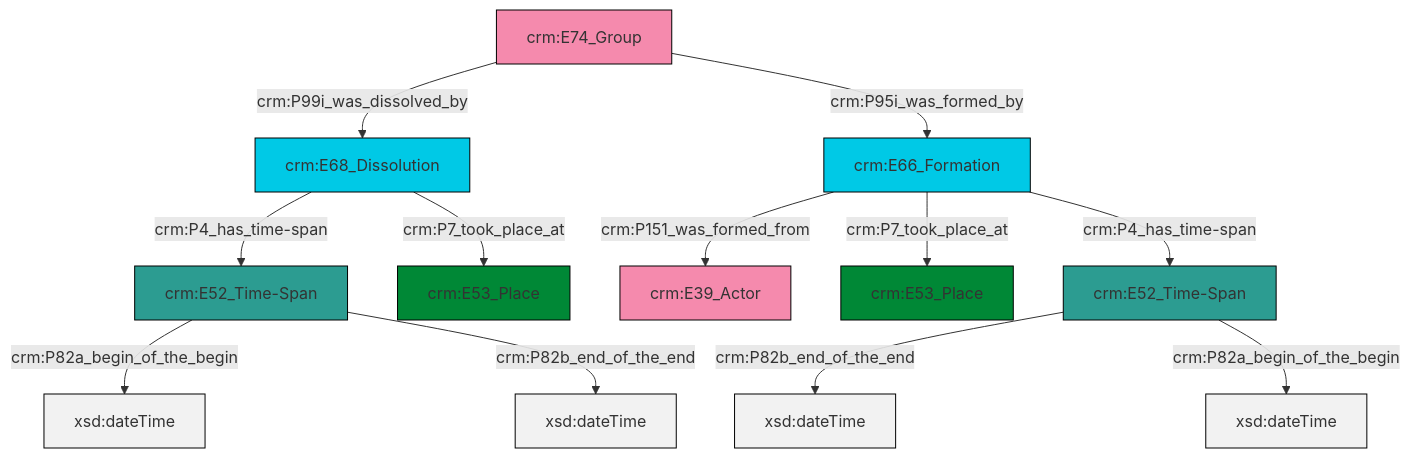
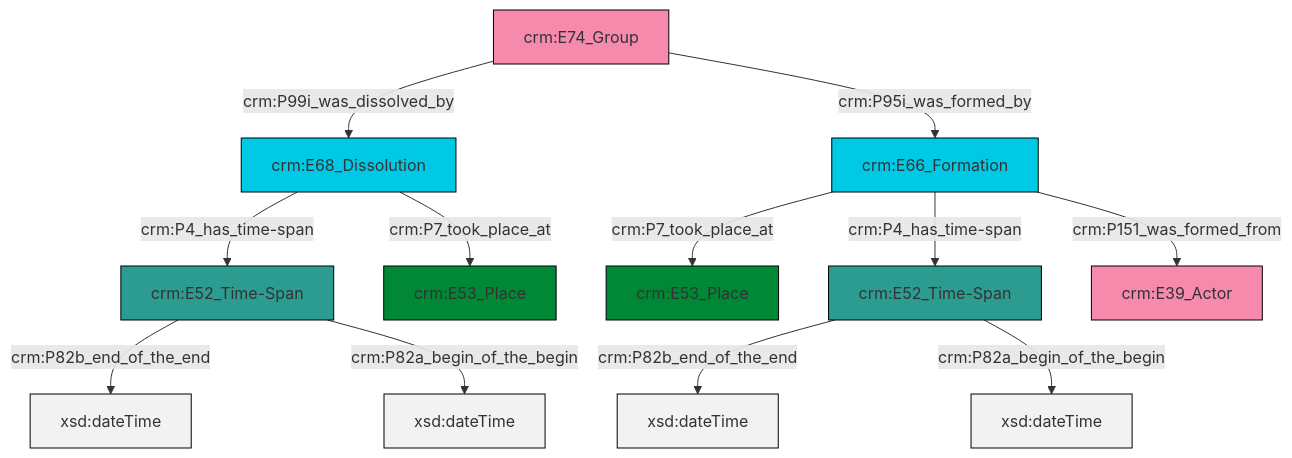
Before and after one commit to swiss-art-research-net/reference-data-models: the diagram in et/groupCSV/ttl/mmd/group_existence.ttl.mmd, drawn with Mermaid. The commit also changed 126 other files, not shown here.

```diff
--- a/et/groupCSV/ttl/mmd/group_existence.ttl.mmd
+++ b/et/groupCSV/ttl/mmd/group_existence.ttl.mmd
@@ -1,26 +1,26 @@
 graph TD
 classDef Literal fill:#f2f2f2,stroke:#000000;
 classDef CRM_Entity fill:#FFFFFF,stroke:#000000;
 classDef Temporal_Entity fill:#00C9E6, stroke:#000000;
 classDef Type fill:#E18312, stroke:#000000;
 classDef Time-Span fill:#2C9C91, stroke:#000000;
 classDef Appellation fill:#FFEB7F, stroke:#000000;
 classDef Place fill:#008836, stroke:#000000;
 classDef Persistent_Item fill:#B266B2, stroke:#000000;
 classDef Conceptual_Object fill:#FFD700, stroke:#000000;
 classDef Physical_Thing fill:#D2B48C, stroke:#000000;
 classDef Actor fill:#f58aad, stroke:#000000;
 classDef PC_Classes fill:#4ce600, stroke:#000000;
 classDef Multi fill:#cccccc,stroke:#000000;
 
-2["crm:E66_Formation"]:::Temporal_Entity -->|crm:P151_was_formed_from| 3["crm:E39_Actor"]:::Actor
-6["crm:E68_Dissolution"]:::Temporal_Entity -->|crm:P4_has_time-span| 7["crm:E52_Time-Span"]:::Time-Span
-0["crm:E74_Group"]:::Actor -->|crm:P99i_was_dissolved_by| 6["crm:E68_Dissolution"]:::Temporal_Entity
-7["crm:E52_Time-Span"]:::Time-Span -->|crm:P82a_begin_of_the_begin| 8[xsd:dateTime]:::Literal
-6["crm:E68_Dissolution"]:::Temporal_Entity -->|crm:P7_took_place_at| 9["crm:E53_Place"]:::Place
-2["crm:E66_Formation"]:::Temporal_Entity -->|crm:P7_took_place_at| 11["crm:E53_Place"]:::Place
-2["crm:E66_Formation"]:::Temporal_Entity -->|crm:P4_has_time-span| 4["crm:E52_Time-Span"]:::Time-Span
-4["crm:E52_Time-Span"]:::Time-Span -->|crm:P82b_end_of_the_end| 13[xsd:dateTime]:::Literal
-7["crm:E52_Time-Span"]:::Time-Span -->|crm:P82b_end_of_the_end| 17[xsd:dateTime]:::Literal
-4["crm:E52_Time-Span"]:::Time-Span -->|crm:P82a_begin_of_the_begin| 19[xsd:dateTime]:::Literal
-0["crm:E74_Group"]:::Actor -->|crm:P95i_was_formed_by| 2["crm:E66_Formation"]:::Temporal_Entity
+0["crm:E52_Time-Span"]:::Time-Span -->|crm:P82b_end_of_the_end| 1[xsd:dateTime]:::Literal
+2["crm:E74_Group"]:::Actor -->|crm:P99i_was_dissolved_by| 3["crm:E68_Dissolution"]:::Temporal_Entity
+3["crm:E68_Dissolution"]:::Temporal_Entity -->|crm:P4_has_time-span| 0["crm:E52_Time-Span"]:::Time-Span
+6["crm:E66_Formation"]:::Temporal_Entity -->|crm:P7_took_place_at| 10["crm:E53_Place"]:::Place
+0["crm:E52_Time-Span"]:::Time-Span -->|crm:P82a_begin_of_the_begin| 11[xsd:dateTime]:::Literal
+3["crm:E68_Dissolution"]:::Temporal_Entity -->|crm:P7_took_place_at| 8["crm:E53_Place"]:::Place
+12["crm:E52_Time-Span"]:::Time-Span -->|crm:P82b_end_of_the_end| 13[xsd:dateTime]:::Literal
+6["crm:E66_Formation"]:::Temporal_Entity -->|crm:P4_has_time-span| 12["crm:E52_Time-Span"]:::Time-Span
+2["crm:E74_Group"]:::Actor -->|crm:P95i_was_formed_by| 6["crm:E66_Formation"]:::Temporal_Entity
+12["crm:E52_Time-Span"]:::Time-Span -->|crm:P82a_begin_of_the_begin| 14[xsd:dateTime]:::Literal
+6["crm:E66_Formation"]:::Temporal_Entity -->|crm:P151_was_formed_from| 16["crm:E39_Actor"]:::Actor
```
